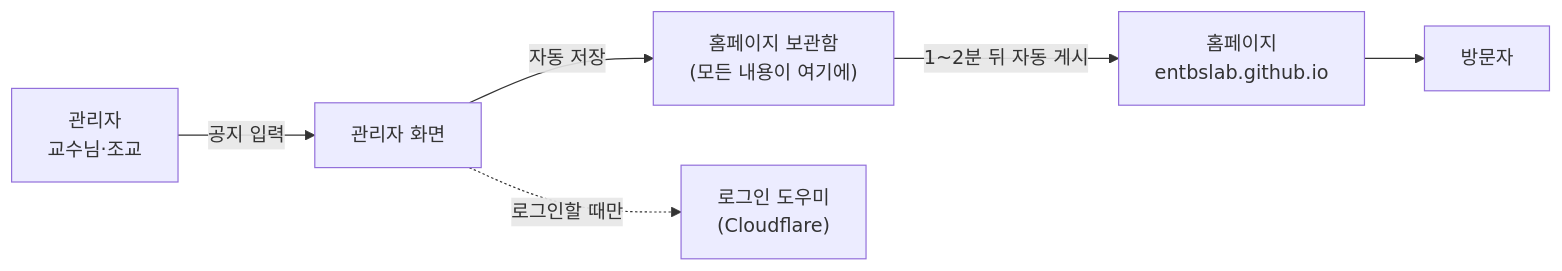
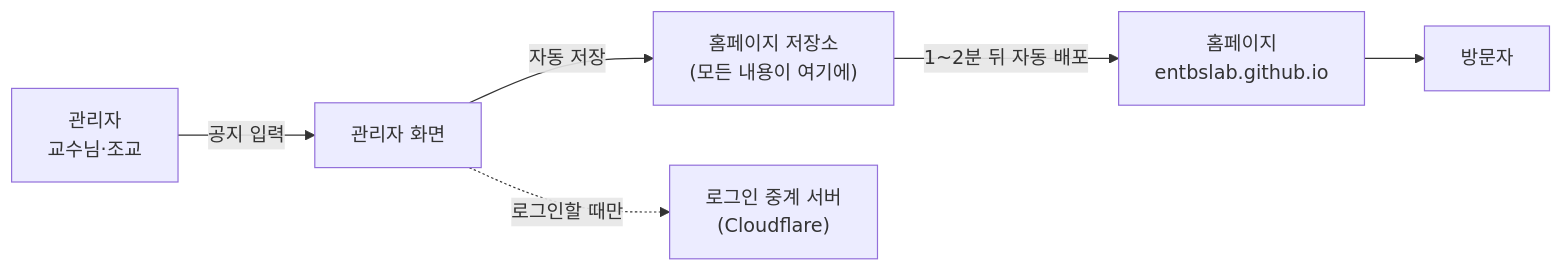
One commit to entbslab/entbslab.github.io changed the first of 4 diagrams in docs/HANDOVER.md. Above: the diagram before and after it, drawn with Mermaid. The commit also changed other lines of this file, not shown here.

Commit message:
인수인계 문서: 풀어쓴 표현 대신 저장소·GitHub 조직·배포 등 표준 용어 사용

````diff
--- a/docs/HANDOVER.md
+++ b/docs/HANDOVER.md
@@ -28,8 +28,8 @@
 ```mermaid
 flowchart LR
   A["관리자<br/>교수님·조교"] -->|"공지 입력"| B["관리자 화면"]
-  B -->|"자동 저장"| C["홈페이지 보관함<br/>(모든 내용이 여기에)"]
-  C -->|"1~2분 뒤 자동 게시"| D["홈페이지<br/>entbslab.github.io"]
+  B -->|"자동 저장"| C["홈페이지 저장소<br/>(모든 내용이 여기에)"]
+  C -->|"1~2분 뒤 자동 배포"| D["홈페이지<br/>entbslab.github.io"]
   D --> E["방문자"]
-  B -.->|"로그인할 때만"| F["로그인 도우미<br/>(Cloudflare)"]
+  B -.->|"로그인할 때만"| F["로그인 중계 서버<br/>(Cloudflare)"]
 ```
````
